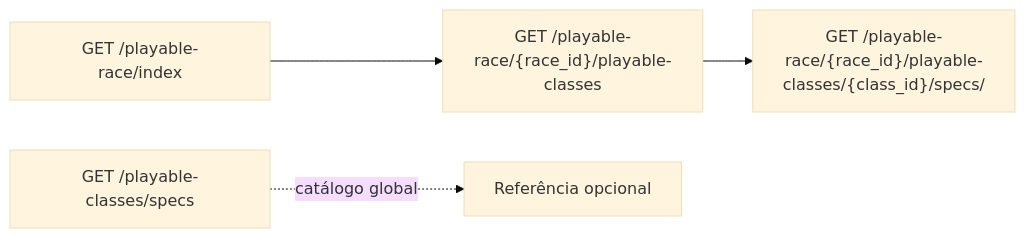
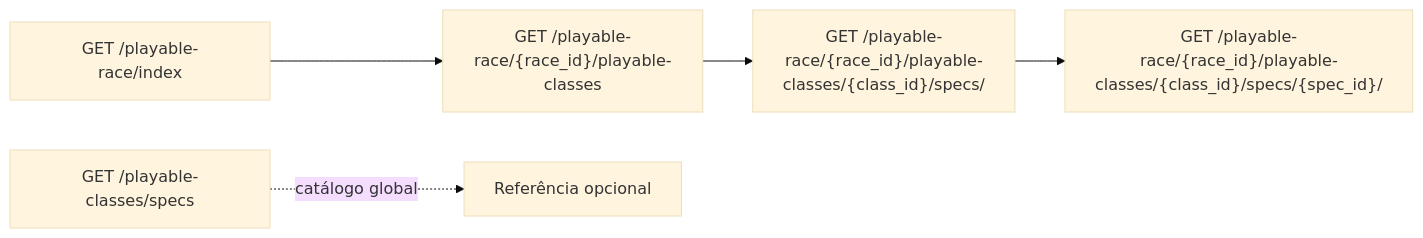
The diagram in README.md (Phillipml/spec-codex), drawn with Mermaid (base theme) before and after one commit. The commit also changed other lines of this file, not shown here.

````diff
--- a/README.md
+++ b/README.md
@@ -195,6 +224,7 @@
 ```mermaid
 flowchart LR
   A["GET /playable-race/index"] --> B["GET /playable-race/{race_id}/playable-classes"]
   B --> C["GET /playable-race/{race_id}/playable-classes/{class_id}/specs/"]
-  D["GET /playable-classes/specs"] -.->|catálogo global| E[Referência opcional]
+  C --> D["GET /playable-race/{race_id}/playable-classes/{class_id}/specs/{spec_id}/"]
+  E["GET /playable-classes/specs"] -.->|catálogo global| F[Referência opcional]
 ```
````
